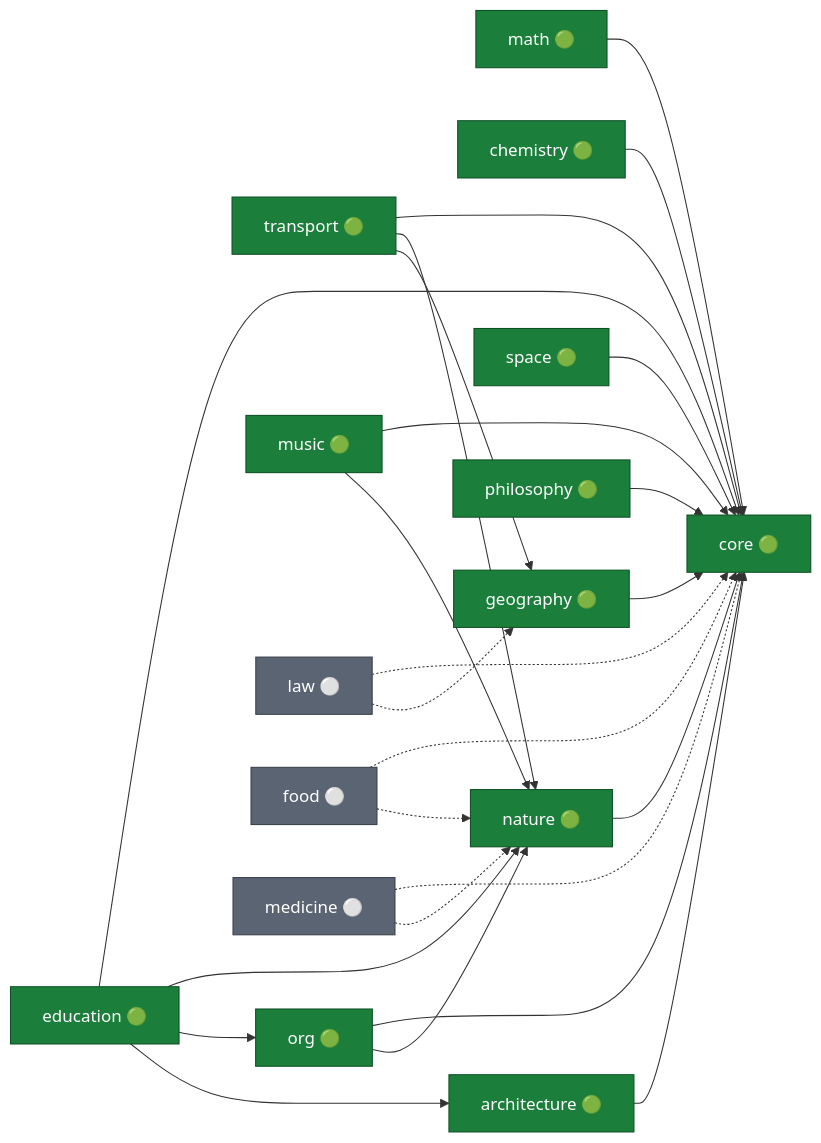
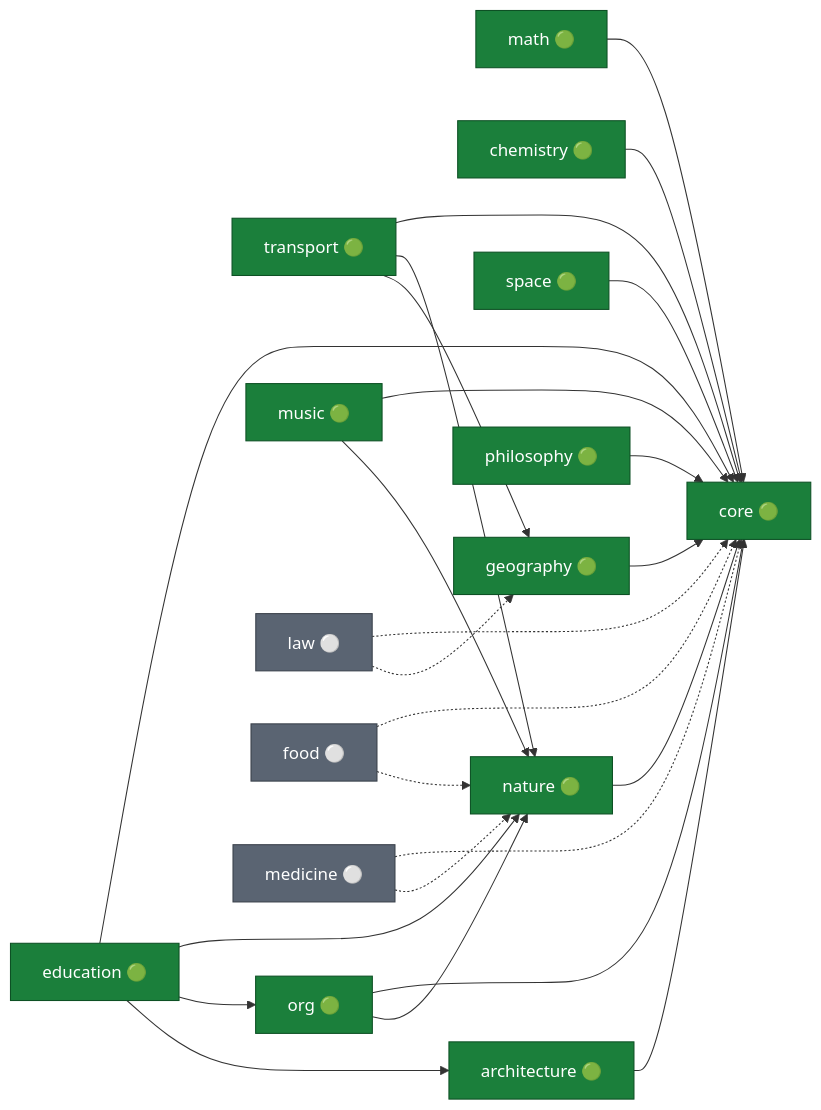
The second of 2 diagrams in docs/06-domain-taxonomy.md (WMOOP/wmoop.doc), drawn with Mermaid before and after one commit. The commit also changed other lines of this file and 1 other file, not shown here.

First line of the commit message:
fix(taxonomy): register chemistry, space and philosophy in the domain map

````diff
--- a/docs/06-domain-taxonomy.md
+++ b/docs/06-domain-taxonomy.md
@@ -239,50 +239,50 @@
 ```mermaid
 flowchart LR
   core["core 🟢"]:::seed
   math["math 🟢"]:::seed
   chemistry["chemistry 🟢"]:::seed
   nature["nature 🟢"]:::seed
+  space["space 🟢"]:::seed
   geography["geography 🟢"]:::seed
-  space["space 🟢"]:::seed
   transport["transport 🟢"]:::seed
   architecture["architecture 🟢"]:::seed
   org["org 🟢"]:::seed
   education["education 🟢"]:::seed
   music["music 🟢"]:::seed
   philosophy["philosophy 🟢"]:::seed
   law["law ⚪"]:::cand
   food["food ⚪"]:::cand
   medicine["medicine ⚪"]:::cand
 
   %% seeded edges (from the modules' depends_on headers)
+  math --> core
+  chemistry --> core
   nature --> core
+  space --> core
   geography --> core
   transport --> core
   transport --> nature
   transport --> geography
   architecture --> core
   org --> core
   org --> nature
   education --> core
   education --> nature
   education --> org
   education --> architecture
-  math --> core
-  chemistry --> core
-  space --> core
   music --> core
   music --> nature
   philosophy --> core
 
   %% planned / candidate edges
   law -.-> core
   law -.-> geography
   food -.-> core
   food -.-> nature
   medicine -.-> core
   medicine -.-> nature
 
   classDef seed fill:#1b7f3b,stroke:#0d5024,color:#fff;
   classDef plan fill:#b8860b,stroke:#7a5a07,color:#fff;
   classDef cand fill:#5a6472,stroke:#3a414b,color:#fff;
 ```
````
